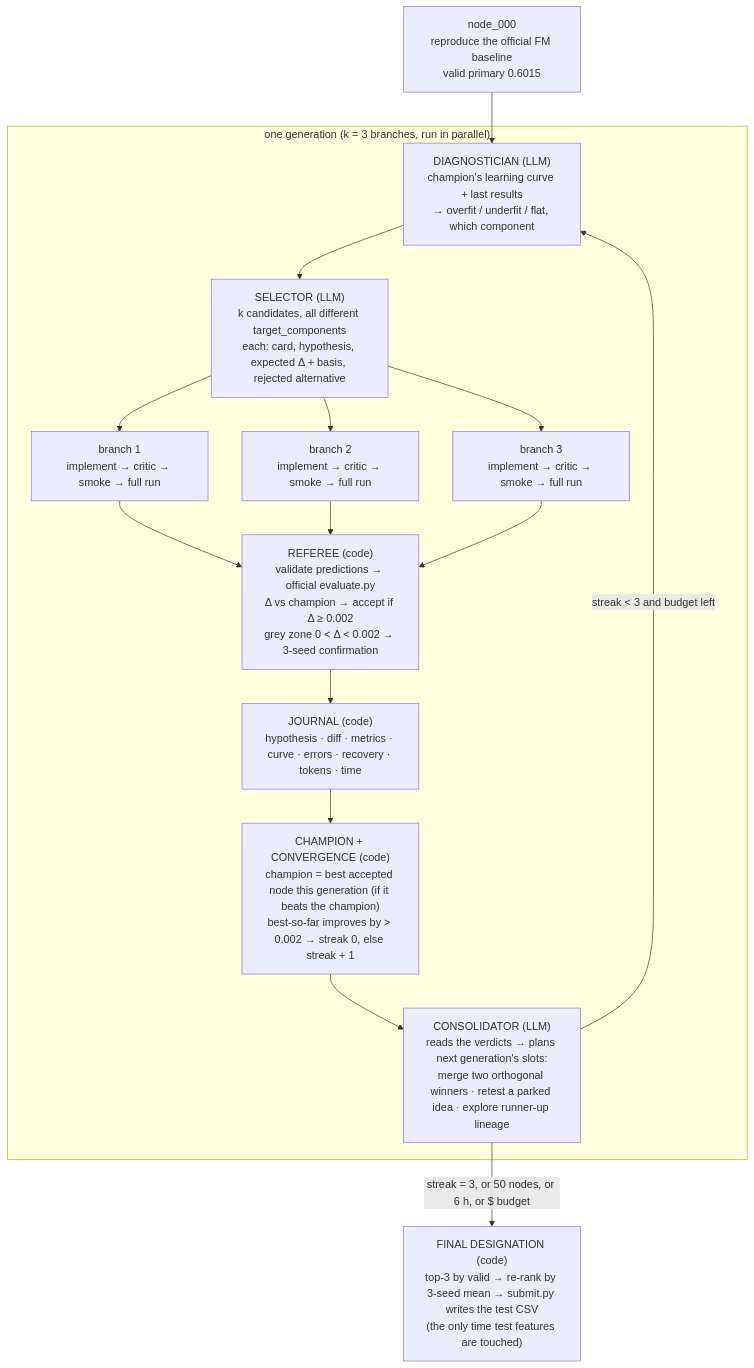
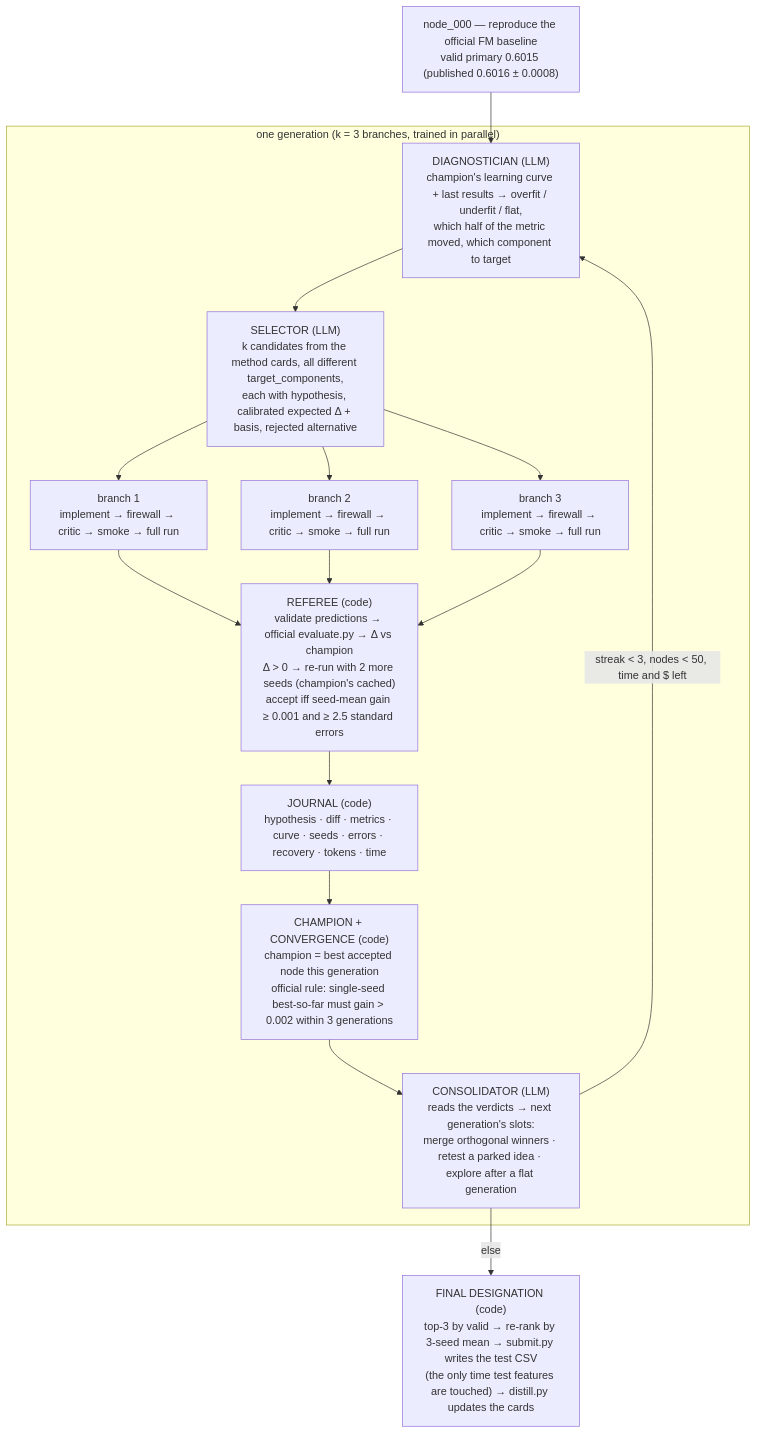
The first of 2 diagrams in kb/ARCHITECTURE.md (yxshrk/jitai_ml_agent), drawn with Mermaid before and after one commit. The commit also changed other lines of this file and 11 other files, not shown here.

Commit message:
Architecture reference rewritten for the running harness; APPROACH.md: principles with research and measured evidence

````diff
--- a/kb/ARCHITECTURE.md
+++ b/kb/ARCHITECTURE.md
@@ -10,17 +12,17 @@
 ```mermaid
 flowchart TD
-    N0["node_000<br/>reproduce the official FM baseline<br/>valid primary 0.6015"] --> D
-    subgraph GEN["one generation (k = 3 branches, run in parallel)"]
-        D["DIAGNOSTICIAN (LLM)<br/>champion's learning curve + last results<br/>→ overfit / underfit / flat, which component"] --> S
-        S["SELECTOR (LLM)<br/>k candidates, all different target_components<br/>each: card, hypothesis, expected Δ + basis, rejected alternative"] --> B1 & B2 & B3
-        B1["branch 1<br/>implement → critic → smoke → full run"]
-        B2["branch 2<br/>implement → critic → smoke → full run"]
-        B3["branch 3<br/>implement → critic → smoke → full run"]
-        B1 & B2 & B3 --> REF["REFEREE (code)<br/>validate predictions → official evaluate.py<br/>Δ vs champion → accept if Δ ≥ 0.002<br/>grey zone 0 < Δ < 0.002 → 3-seed confirmation"]
-        REF --> J["JOURNAL (code)<br/>hypothesis · diff · metrics · curve · errors · recovery · tokens · time"]
-        J --> CH["CHAMPION + CONVERGENCE (code)<br/>champion = best accepted node this generation (if it beats the champion)<br/>best-so-far improves by > 0.002 → streak 0, else streak + 1"]
-        CH --> CONS["CONSOLIDATOR (LLM)<br/>reads the verdicts → plans next generation's slots:<br/>merge two orthogonal winners · retest a parked idea · explore runner-up lineage"]
+    N0["node_000 — reproduce the official FM baseline<br/>valid primary 0.6015 (published 0.6016 ± 0.0008)"] --> D
+    subgraph GEN["one generation (k = 3 branches, trained in parallel)"]
+        D["DIAGNOSTICIAN (LLM)<br/>champion's learning curve + last results → overfit / underfit / flat,<br/>which half of the metric moved, which component to target"] --> S
+        S["SELECTOR (LLM)<br/>k candidates from the method cards, all different target_components,<br/>each with hypothesis, calibrated expected Δ + basis, rejected alternative"] --> B1 & B2 & B3
+        B1["branch 1<br/>implement → firewall → critic → smoke → full run"]
+        B2["branch 2<br/>implement → firewall → critic → smoke → full run"]
+        B3["branch 3<br/>implement → firewall → critic → smoke → full run"]
+        B1 & B2 & B3 --> REF["REFEREE (code)<br/>validate predictions → official evaluate.py → Δ vs champion<br/>Δ > 0 → re-run with 2 more seeds (champion's cached)<br/>accept iff seed-mean gain ≥ 0.001 and ≥ 2.5 standard errors"]
+        REF --> J["JOURNAL (code)<br/>hypothesis · diff · metrics · curve · seeds · errors · recovery · tokens · time"]
+        J --> CH["CHAMPION + CONVERGENCE (code)<br/>champion = best accepted node this generation<br/>official rule: single-seed best-so-far must gain > 0.002 within 3 generations"]
+        CH --> CONS["CONSOLIDATOR (LLM)<br/>reads the verdicts → next generation's slots:<br/>merge orthogonal winners · retest a parked idea · explore after a flat generation"]
     end
-    CONS -->|"streak < 3 and budget left"| D
-    CONS -->|"streak = 3, or 50 nodes, or 6 h, or $ budget"| END["FINAL DESIGNATION (code)<br/>top-3 by valid → re-rank by 3-seed mean → submit.py writes the test CSV<br/>(the only time test features are touched)"]
+    CONS -->|"streak < 3, nodes < 50, time and $ left"| D
+    CONS -->|"else"| END["FINAL DESIGNATION (code)<br/>top-3 by valid → re-rank by 3-seed mean → submit.py writes the test CSV<br/>(the only time test features are touched) → distill.py updates the cards"]
 ```
````
